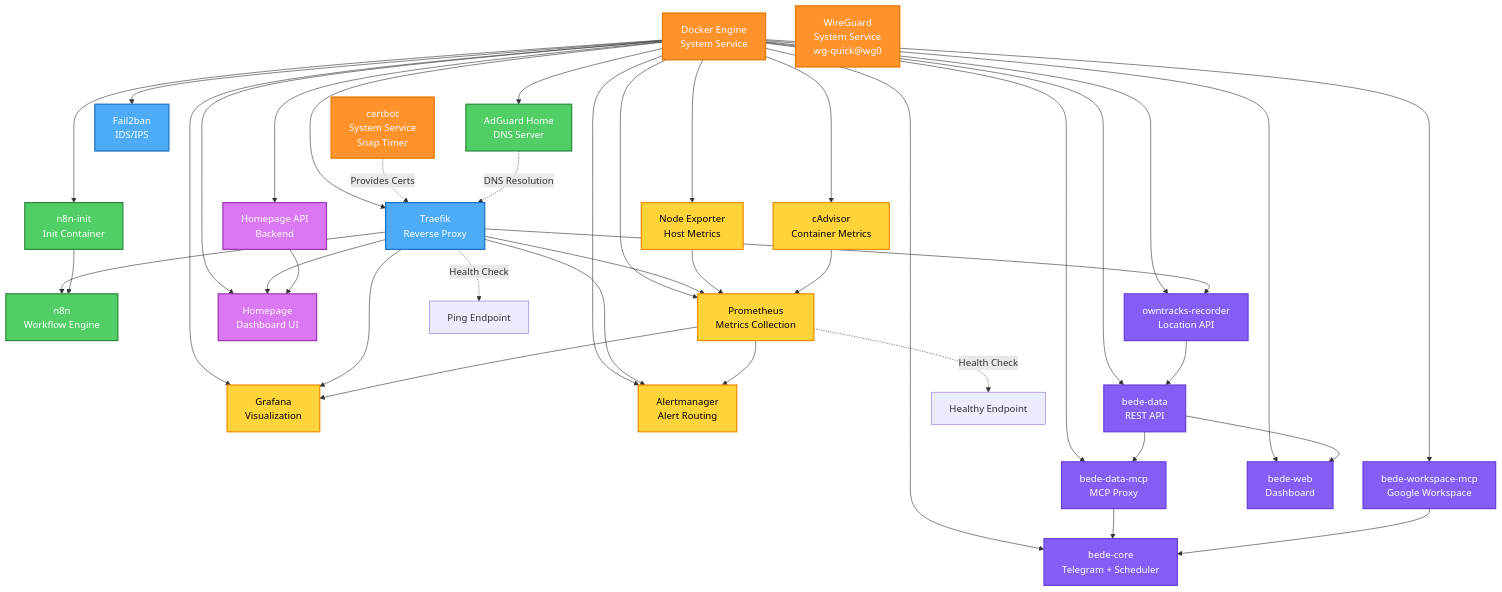
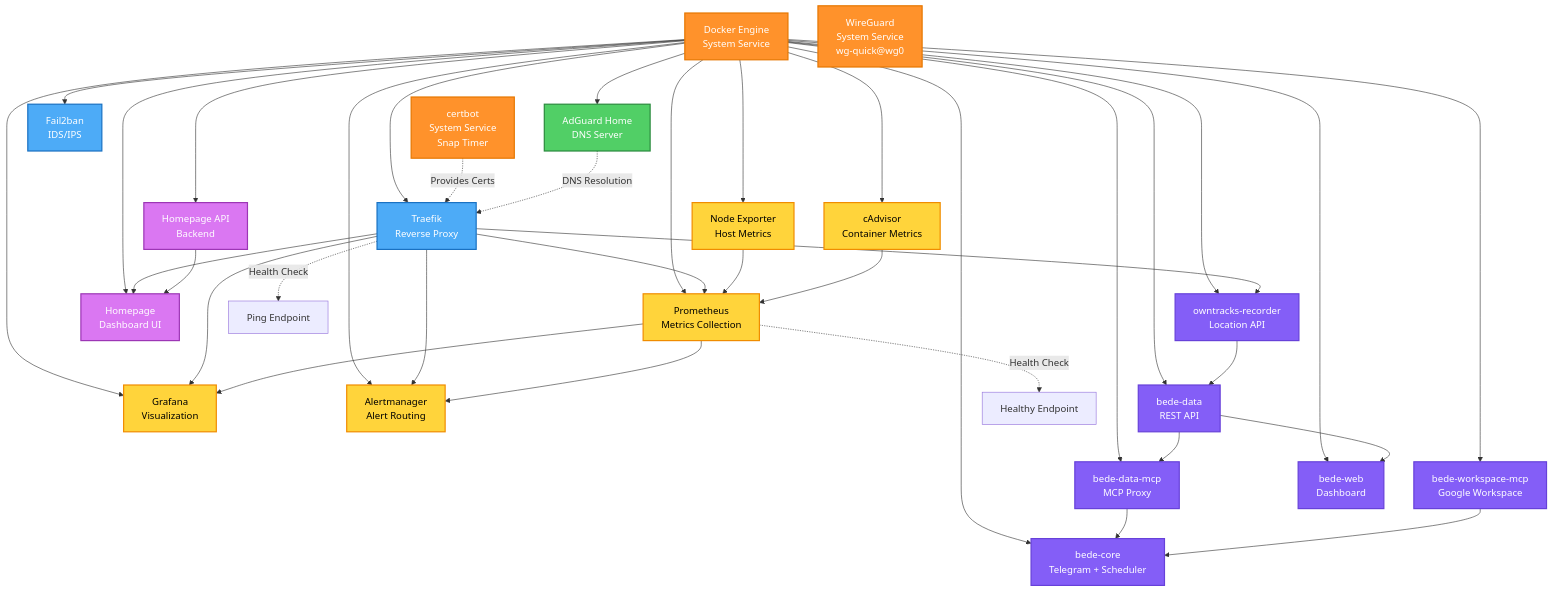
One commit to josephradford/home-server-stack changed the third of 5 diagrams in ARCHITECTURE.md. Above: the diagram before and after it, drawn with Mermaid. The commit also changed other lines of this file and 11 other files, not shown here.

```diff
--- a/ARCHITECTURE.md
+++ b/ARCHITECTURE.md
@@ -347,10 +341,6 @@
     %% Core services - depend on network
     AdGuard["AdGuard Home
     DNS Server"]
-    N8NInit["n8n-init
-    Init Container"]
-    N8N["n8n
-    Workflow Engine"]
 
     %% Monitoring - depends on core services
     Prometheus["Prometheus
@@ -387,7 +377,6 @@
     Docker --> Traefik
     Docker --> Fail2ban
     Docker --> AdGuard
-    Docker --> N8NInit
     Docker --> NodeExporter
     Docker --> CAdvisor
     Docker --> Prometheus
@@ -402,14 +391,11 @@
     Docker --> BedeWeb
     Docker --> OwnTracks
 
-    Traefik --> N8N
     Traefik --> Grafana
     Traefik --> Prometheus
     Traefik --> Alertmanager
     Traefik --> Homepage
     Traefik --> OwnTracks
-
-    N8NInit --> N8N
 
     NodeExporter --> Prometheus
     CAdvisor --> Prometheus
@@ -439,7 +425,7 @@
 
     class Docker,WireGuard,Certbot system
     class Traefik,Fail2ban network
-    class AdGuard,N8NInit,N8N core
+    class AdGuard core
     class Prometheus,NodeExporter,CAdvisor,Grafana,Alertmanager monitoring
     class HomepageAPI,Homepage dashboard
     class BedeCore,BedeData,DataMCP,WorkspaceMCP,BedeWeb,OwnTracks ai
```
